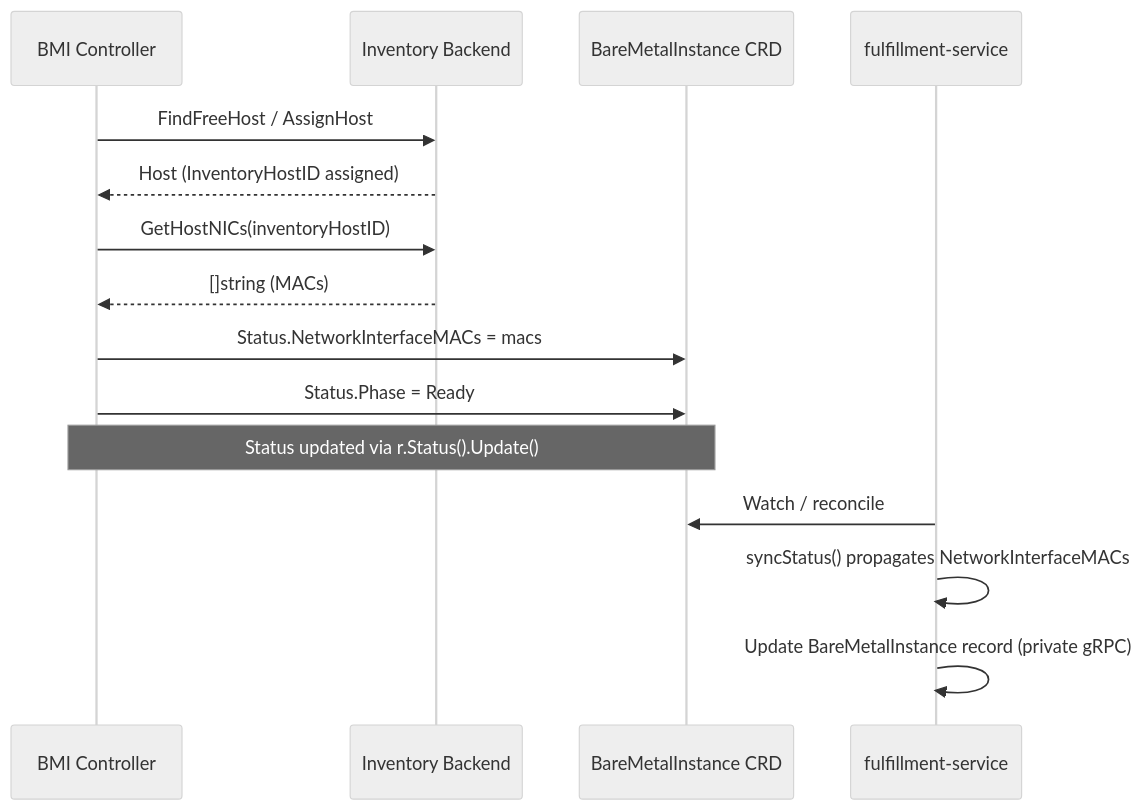
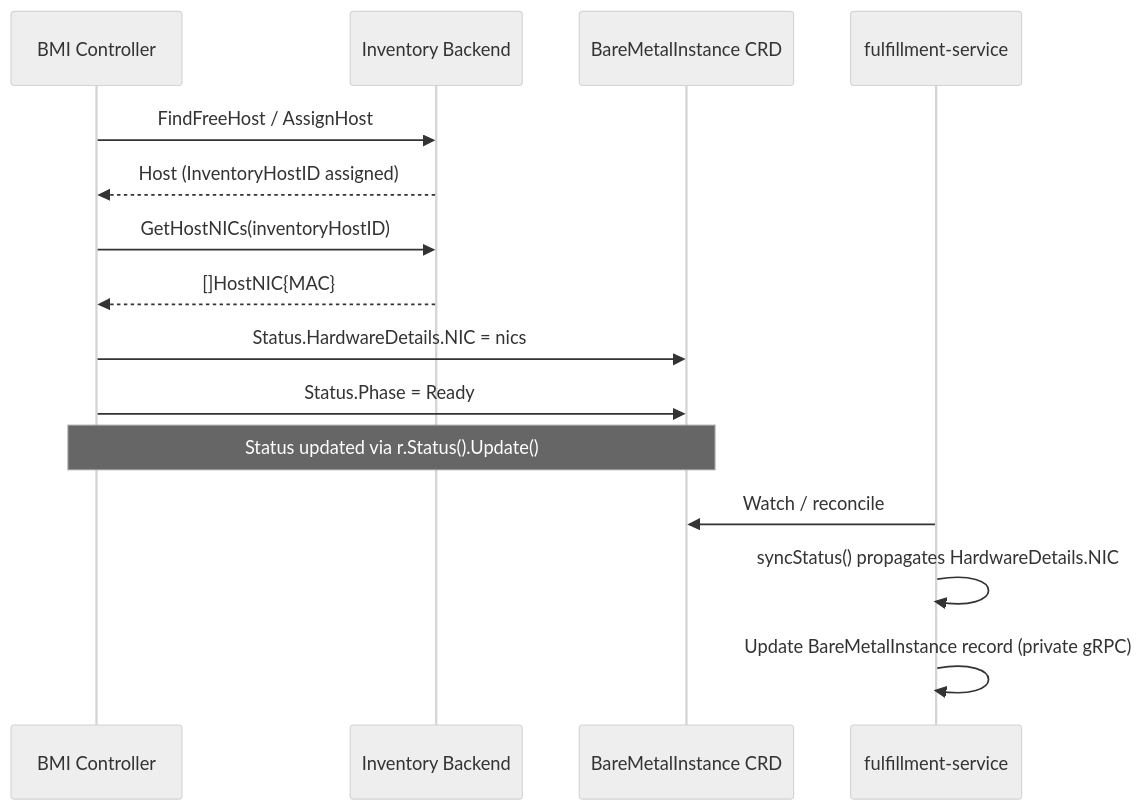
One commit to osac-project/enhancement-proposals changed the diagram in enhancements/OSAC-3254-expose-baremetalinstance-nic-mac-addresses/design.md. Above: the diagram before and after it, drawn with Mermaid (neutral theme). The commit also changed other lines of this file, not shown here.

Commit message:
Design OSAC-3254: structured HardwareDetails.NIC instead of flat MAC list

````diff
--- a/enhancements/OSAC-3254-expose-baremetalinstance-nic-mac-addresses/design.md
+++ b/enhancements/OSAC-3254-expose-baremetalinstance-nic-mac-addresses/design.md
@@ -63,18 +63,18 @@
 ```mermaid
 sequenceDiagram
     participant C as BMI Controller
     participant Inv as Inventory Backend
     participant CRD as BareMetalInstance CRD
     participant FS as fulfillment-service
 
     C->>Inv: FindFreeHost / AssignHost
     Inv-->>C: Host (InventoryHostID assigned)
     C->>Inv: GetHostNICs(inventoryHostID)
-    Inv-->>C: []string (MACs)
-    C->>CRD: Status.NetworkInterfaceMACs = macs
+    Inv-->>C: []HostNIC{MAC}
+    C->>CRD: Status.HardwareDetails.NIC = nics
     C->>CRD: Status.Phase = Ready
     Note over C,CRD: Status updated via r.Status().Update()
     FS->>CRD: Watch / reconcile
-    FS->>FS: syncStatus() propagates NetworkInterfaceMACs
+    FS->>FS: syncStatus() propagates HardwareDetails.NIC
     FS->>FS: Update BareMetalInstance record (private gRPC)
 ```
````
